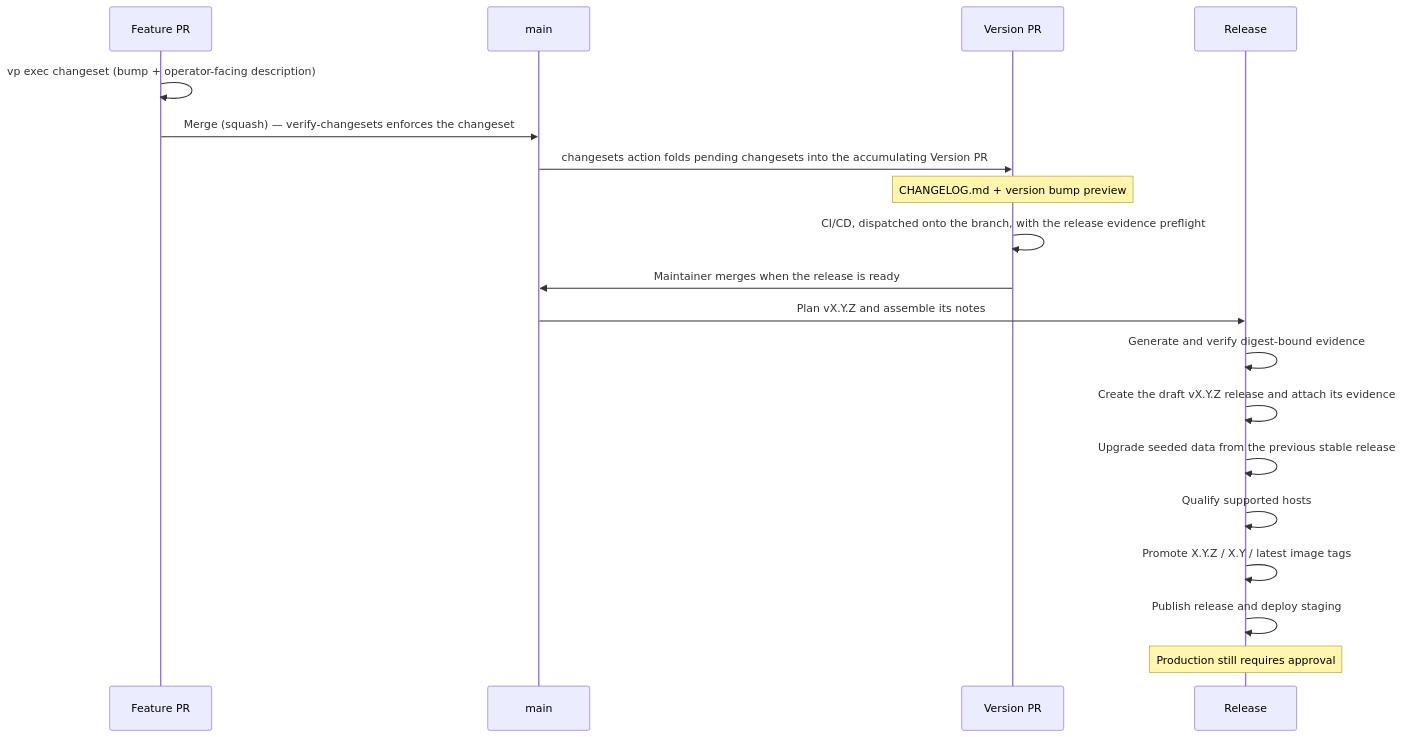
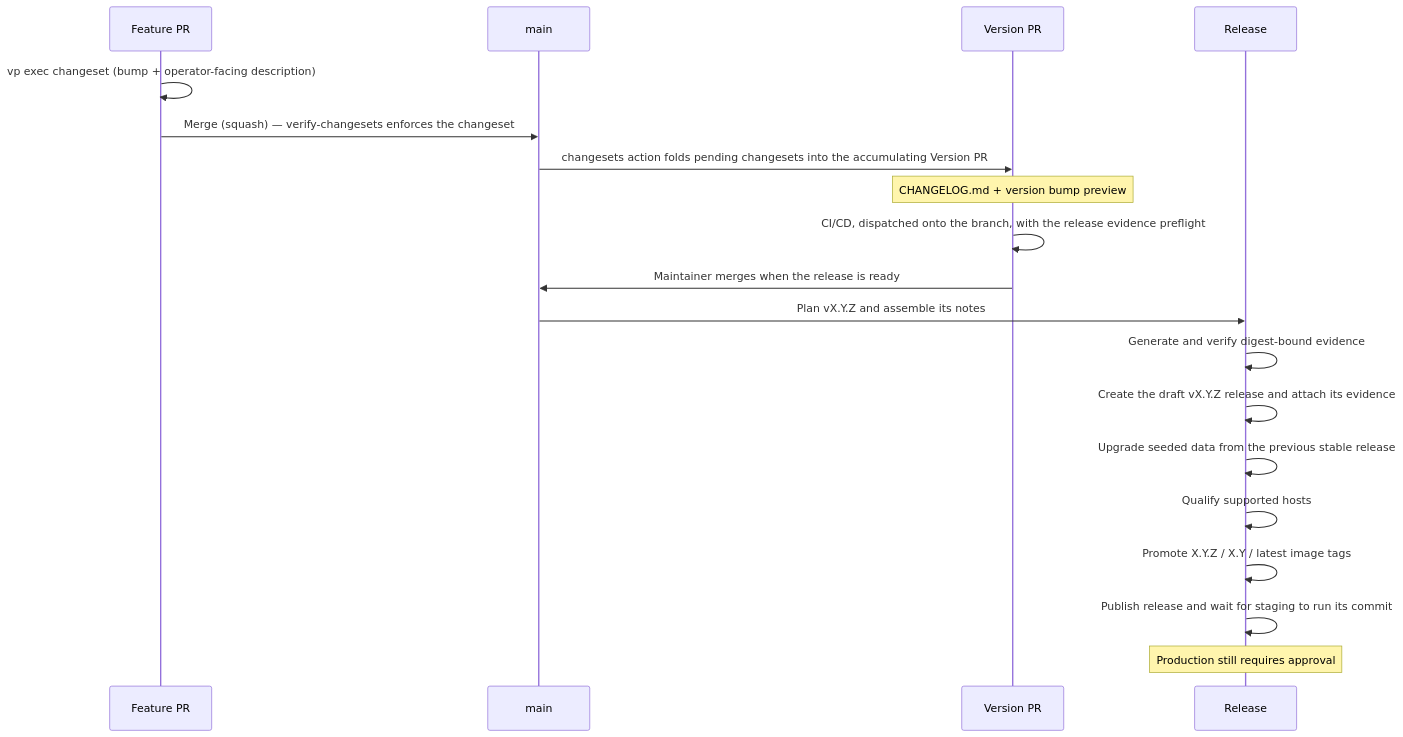
Before and after one commit to ls1intum/Hephaestus: the diagram in docs/contributor/release-management.mdx, drawn with Mermaid. The commit also changed other lines of this file and 30 other files, not shown here.

First line of the commit message:
refactor(ci): promotion, smoke lock and staging wait become tested scripts

````diff
--- a/docs/contributor/release-management.mdx
+++ b/docs/contributor/release-management.mdx
@@ -21,24 +21,24 @@
 ```mermaid
 sequenceDiagram
     accTitle: Changesets release workflow
     accDescr: Feature pull requests add changesets, the version pull request consumes them, and merging the version pull request publishes the release.
     participant PR as Feature PR
     participant M as main
     participant VP as Version PR
     participant R as Release
 
     PR->>PR: vp exec changeset (bump + operator-facing description)
     PR->>M: Merge (squash) — verify-changesets enforces the changeset
     M->>VP: changesets action folds pending changesets into the accumulating Version PR
     Note over VP: CHANGELOG.md + version bump preview
     VP->>VP: CI/CD, dispatched onto the branch, with the release evidence preflight
     VP->>M: Maintainer merges when the release is ready
     M->>R: Plan vX.Y.Z and assemble its notes
     R->>R: Generate and verify digest-bound evidence
     R->>R: Create the draft vX.Y.Z release and attach its evidence
     R->>R: Upgrade seeded data from the previous stable release
     R->>R: Qualify supported hosts
     R->>R: Promote X.Y.Z / X.Y / latest image tags
-    R->>R: Publish release and deploy staging
+    R->>R: Publish release and wait for staging to run its commit
     Note over R: Production still requires approval
 ```
````
